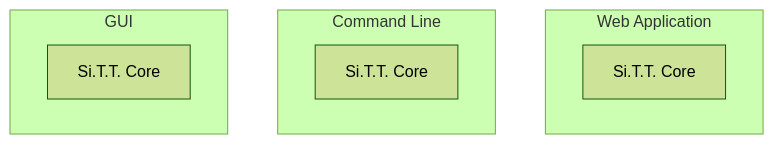
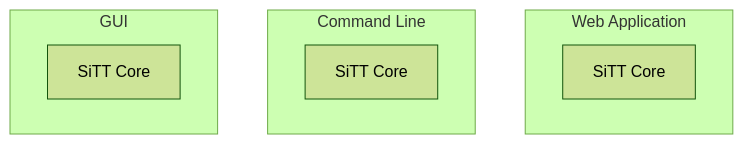
The first of 6 diagrams in readmes/concept.md (Simulation-of-Traffic-and-Transport/SiTT), drawn with Mermaid (forest theme) before and after one commit. The commit also changed other lines of this file and 10 other files, not shown here.

````diff
--- a/readmes/concept.md
+++ b/readmes/concept.md
@@ -25,15 +25,15 @@
 ```mermaid
 flowchart TB
 
 subgraph Web Application
-    C1[Si.T.T. Core]
+    C1[SiTT Core]
 end
 
 subgraph Command Line
-    C2[Si.T.T. Core]
+    C2[SiTT Core]
 end
 
 subgraph GUI
-    C3[Si.T.T. Core]
+    C3[SiTT Core]
 end
 ```
````
